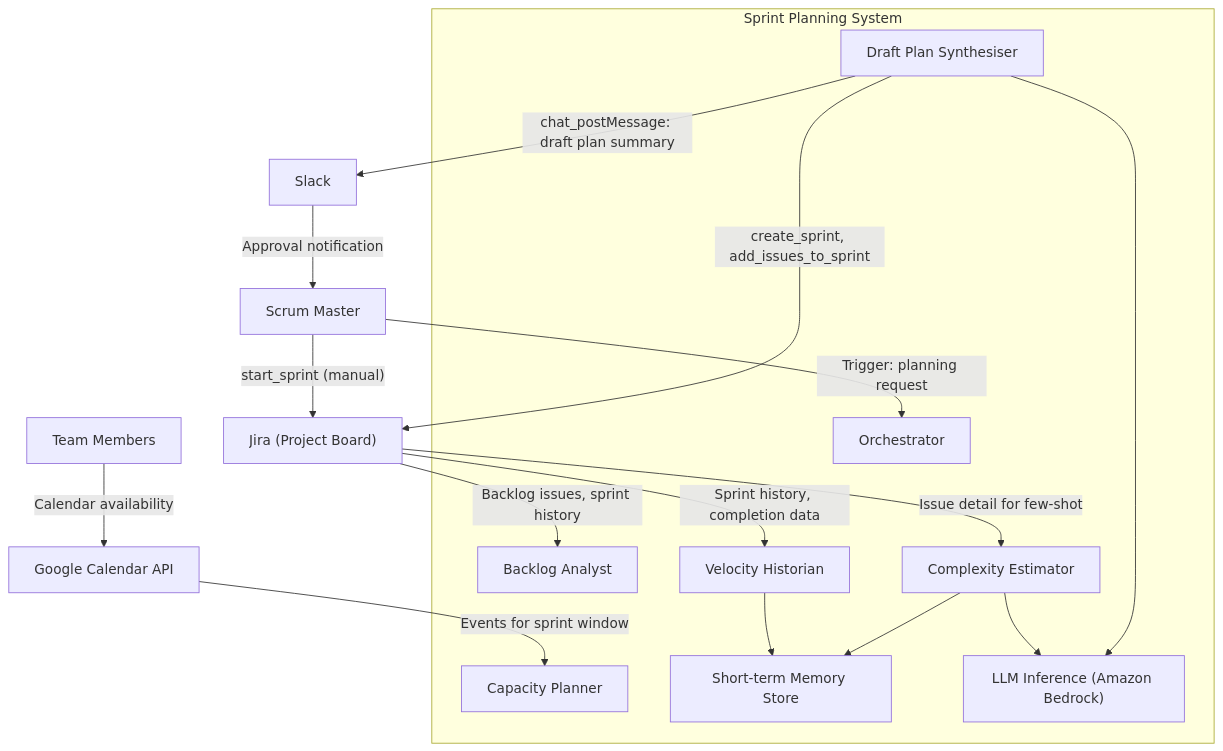
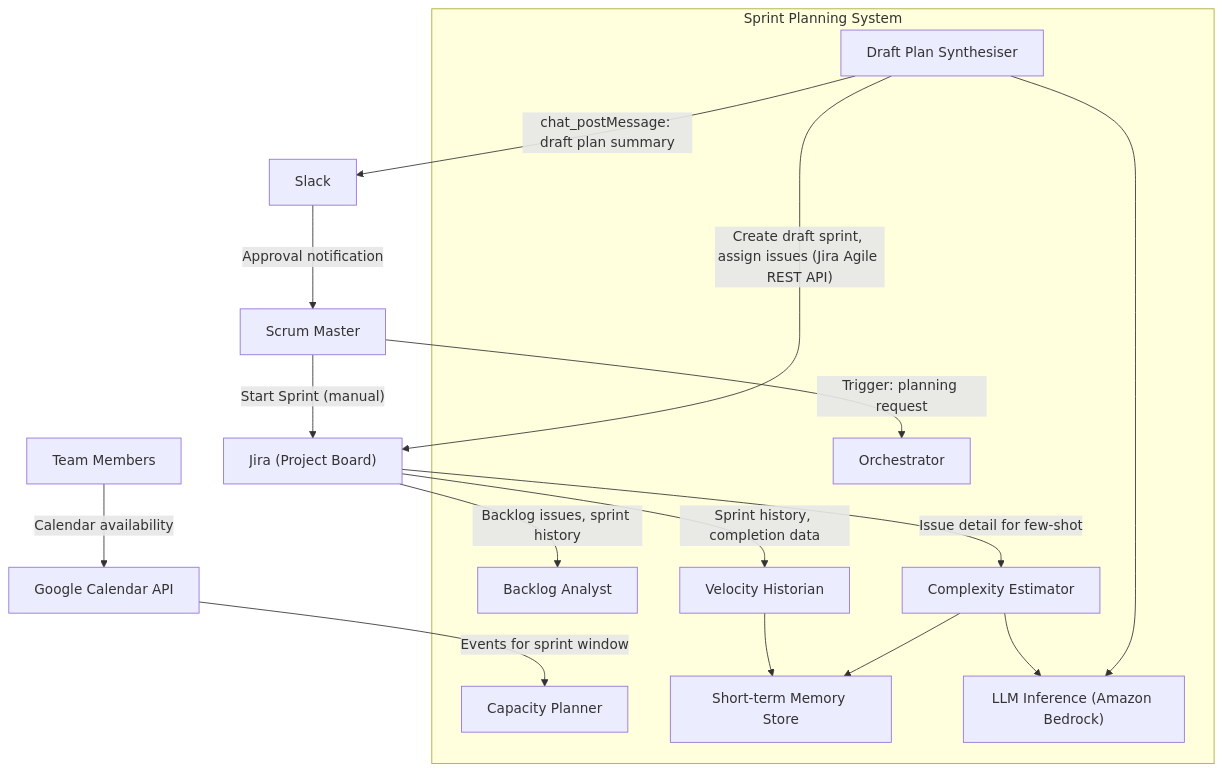
The first of 3 diagrams in session7/2.group-activity/project_2/reference_architecture.md (deeplenstech/agentic-ai-cohort), drawn with Mermaid before and after one commit. The commit also changed other lines of this file and 5 other files, not shown here.

````diff
--- a/session7/2.group-activity/project_2/reference_architecture.md
+++ b/session7/2.group-activity/project_2/reference_architecture.md
@@ -141,34 +137,34 @@
 ```mermaid
 graph TD
     SM["Scrum Master"]
     TM["Team Members"]
     JIRA["Jira (Project Board)"]
     CAL["Google Calendar API"]
     SLACK["Slack"]
 
     subgraph SprintPlanningSystem["Sprint Planning System"]
         ORCH["Orchestrator"]
         BA["Backlog Analyst"]
         CP["Capacity Planner"]
         VH["Velocity Historian"]
         CE["Complexity Estimator"]
         SY["Draft Plan Synthesiser"]
         MEM["Short-term Memory Store"]
         LLM["LLM Inference (Amazon Bedrock)"]
     end
 
     SM -->|"Trigger: planning request"| ORCH
     TM -->|"Calendar availability"| CAL
     CAL -->|"Events for sprint window"| CP
     JIRA -->|"Backlog issues, sprint history"| BA
     JIRA -->|"Sprint history, completion data"| VH
     JIRA -->|"Issue detail for few-shot"| CE
-    SY -->|"create_sprint, add_issues_to_sprint"| JIRA
+    SY -->|"Create draft sprint, assign issues (Jira Agile REST API)"| JIRA
     SY -->|"chat_postMessage: draft plan summary"| SLACK
     SLACK -->|"Approval notification"| SM
-    SM -->|"start_sprint (manual)"| JIRA
+    SM -->|"Start Sprint (manual)"| JIRA
     CE --> LLM
     SY --> LLM
     VH --> MEM
     CE --> MEM
 ```
````
